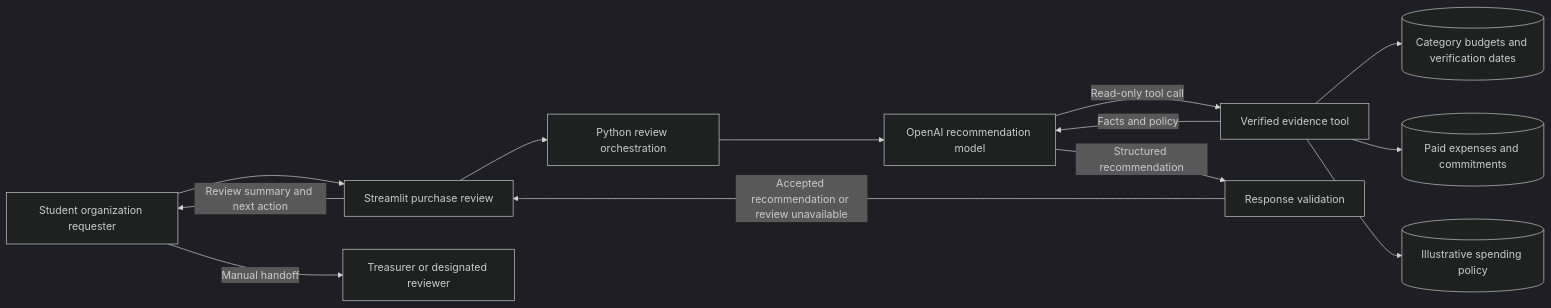
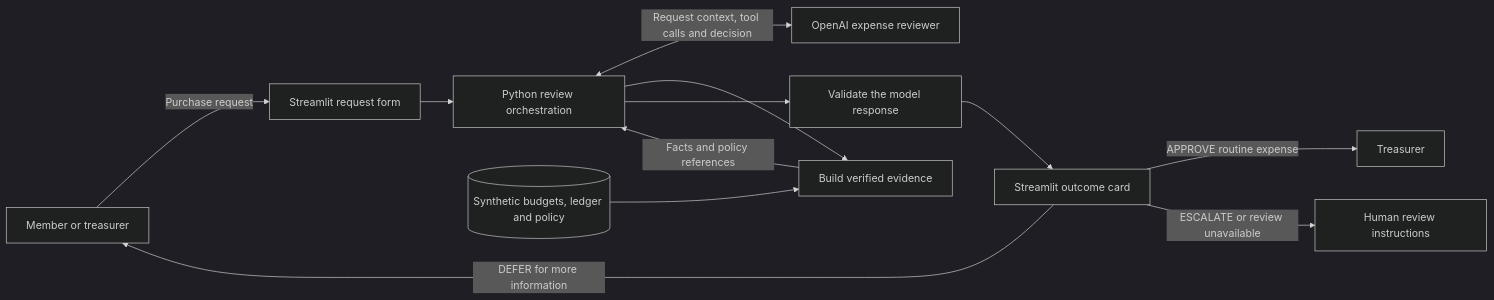
The second of 4 diagrams in README.md (tom4247/Campus-spending-review-agent), drawn with Mermaid (dark theme) before and after one commit. The commit also changed other lines of this file and 4 other files, not shown here.

````diff
--- a/README.md
+++ b/README.md
@@ -78,15 +50,14 @@
 ```mermaid
 flowchart LR
-    requester["Student organization requester"] --> ui["Streamlit purchase review"]
-    ui --> runner["Python review orchestration"]
-    runner --> model["OpenAI recommendation model"]
-    model -->|"Read-only tool call"| evidence["Verified evidence tool"]
-    evidence -->|"Facts and policy"| model
-    evidence --> budgets[("Category budgets and verification dates")]
-    evidence --> ledger[("Paid expenses and commitments")]
-    evidence --> policy[("Illustrative spending policy")]
-    model -->|"Structured recommendation"| validator["Response validation"]
-    validator -->|"Accepted recommendation or review unavailable"| ui
-    ui -->|"Review summary and next action"| requester
-    requester -->|"Manual handoff"| human["Treasurer or designated reviewer"]
+    member["Member or treasurer"] -->|"Purchase request"| form["Streamlit request form"]
+    form --> host["Python review orchestration"]
+    host <-->|"Request context, tool calls and decision"| model["OpenAI expense reviewer"]
+    host --> evidence["Build verified evidence"]
+    records[("Synthetic budgets, ledger and policy")] --> evidence
+    evidence -->|"Facts and policy references"| host
+    host --> check["Validate the model response"]
+    check --> card["Streamlit outcome card"]
+    card -->|"APPROVE routine expense"| treasurer["Treasurer"]
+    card -->|"DEFER for more information"| member
+    card -->|"ESCALATE or review unavailable"| handoff["Human review instructions"]
 ```
````
